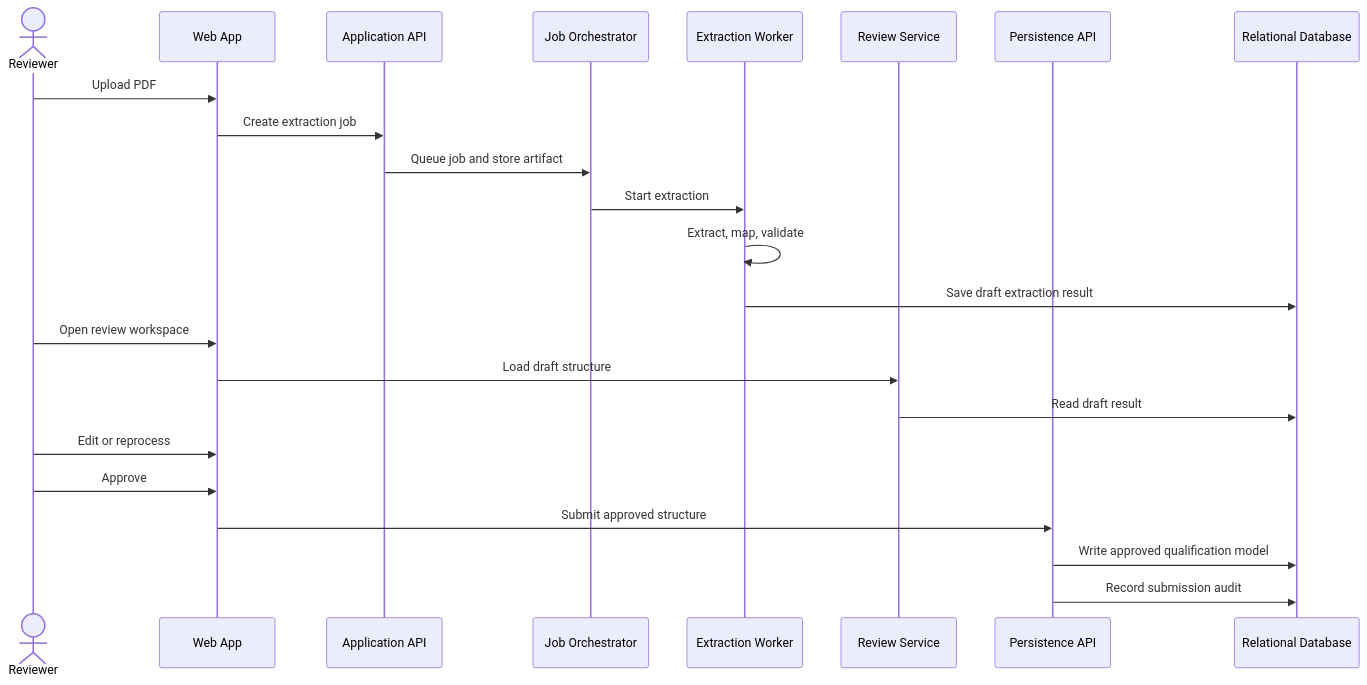
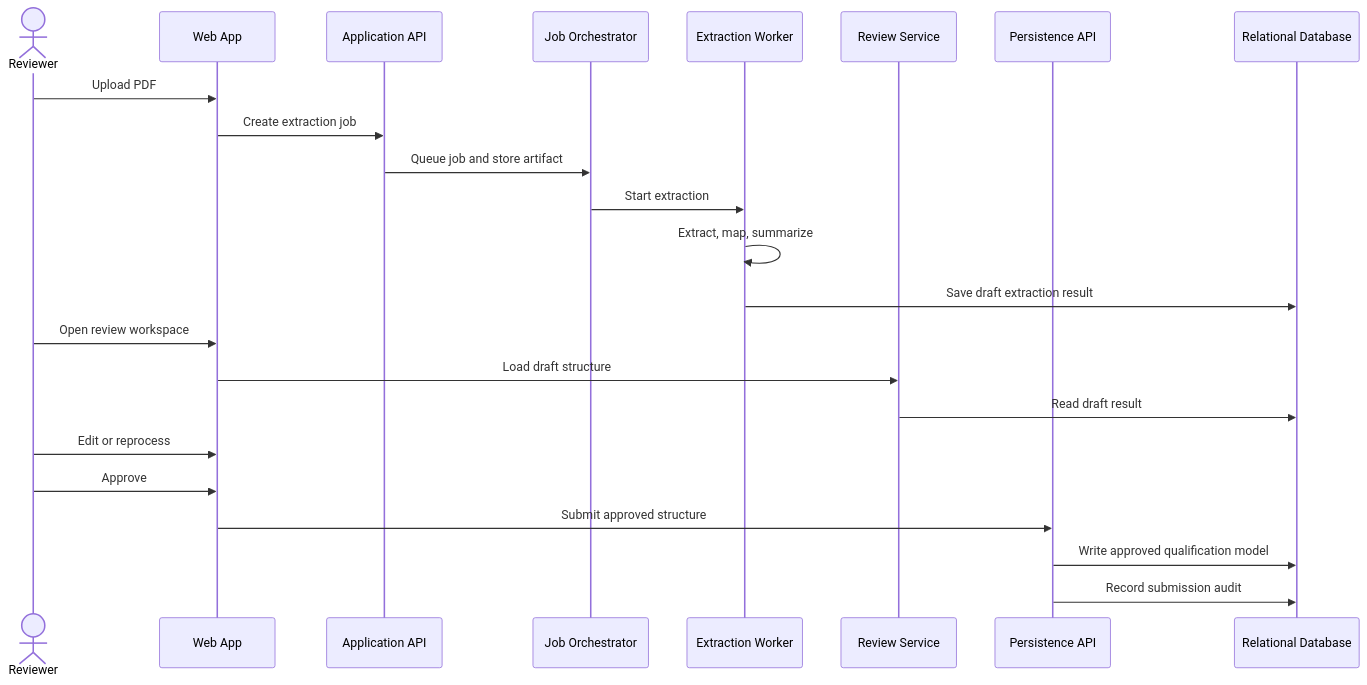
The second of 6 diagrams in docs/artifacts/specs/SPEC-1.md (ranjivs64/QualsDemo), drawn with Mermaid before and after one commit. The commit also changed other lines of this file and 13 other files, not shown here.

````diff
--- a/docs/artifacts/specs/SPEC-1.md
+++ b/docs/artifacts/specs/SPEC-1.md
@@ -136,26 +137,26 @@
 ```mermaid
 sequenceDiagram
  actor Reviewer
  participant Web as Web App
  participant Api as Application API
  participant Orchestrator as Job Orchestrator
  participant Extractor as Extraction Worker
  participant Review as Review Service
  participant Persist as Persistence API
  participant Db as Relational Database
 
  Reviewer->>Web: Upload PDF
  Web->>Api: Create extraction job
  Api->>Orchestrator: Queue job and store artifact
  Orchestrator->>Extractor: Start extraction
- Extractor->>Extractor: Extract, map, validate
+ Extractor->>Extractor: Extract, map, summarize
  Extractor->>Db: Save draft extraction result
  Reviewer->>Web: Open review workspace
  Web->>Review: Load draft structure
  Review->>Db: Read draft result
  Reviewer->>Web: Edit or reprocess
  Reviewer->>Web: Approve
  Web->>Persist: Submit approved structure
  Persist->>Db: Write approved qualification model
  Persist->>Db: Record submission audit
 ```
````
